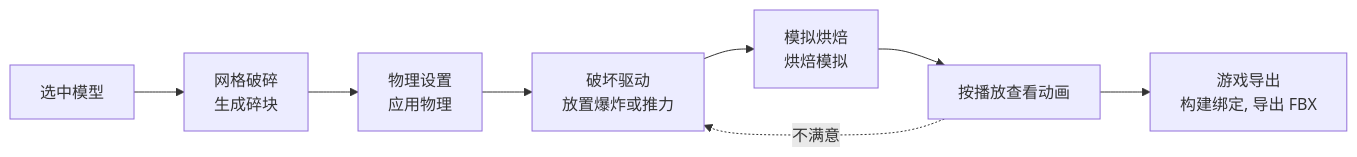
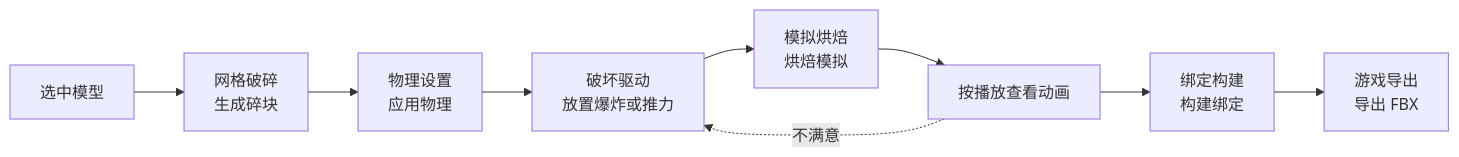
One commit to RIPTIDE-z/QuickDestruction changed the diagram in doc/使用说明/快速上手.md. Above: the diagram before and after it, drawn with Mermaid. The commit also changed other lines of this file and 52 other files, not shown here.

````diff
--- a/doc/使用说明/快速上手.md
+++ b/doc/使用说明/快速上手.md
@@ -5,10 +5,11 @@
 ```mermaid
 flowchart LR
     A[选中模型] --> B[网格破碎<br>生成碎块]
     B --> C[物理设置<br>应用物理]
     C --> D[破坏驱动<br>放置爆炸或推力]
     D --> E[模拟烘焙<br>烘焙模拟]
     E --> F[按播放查看动画]
     F -. 不满意 .-> D
-    F --> G[游戏导出<br>构建绑定, 导出 FBX]
+    F --> G[绑定构建<br>构建绑定]
+    G --> H[游戏导出<br>导出 FBX]
 ```
````
